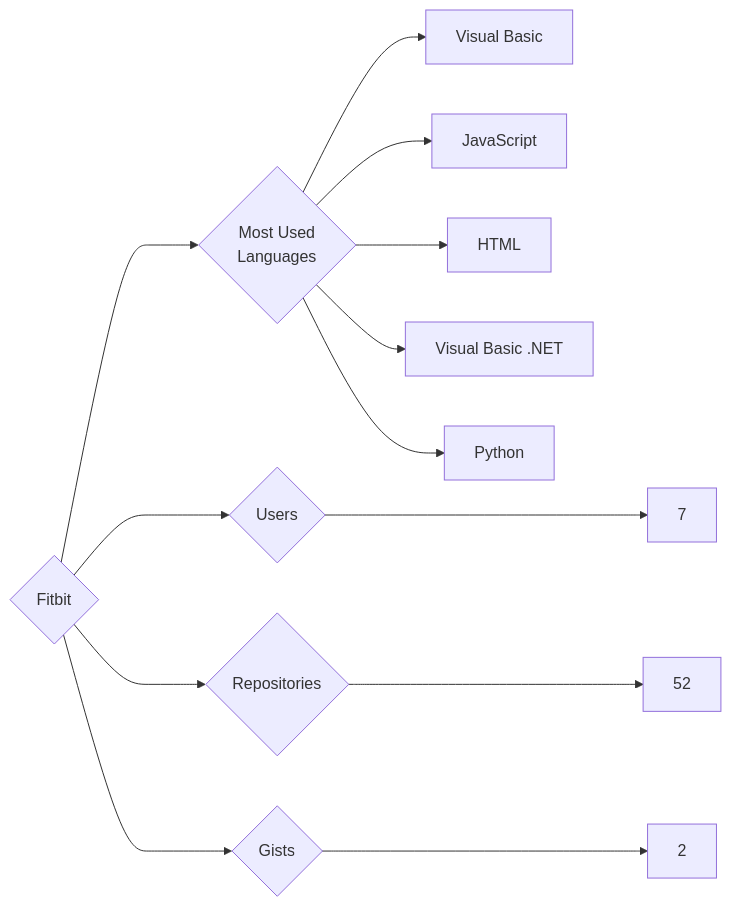
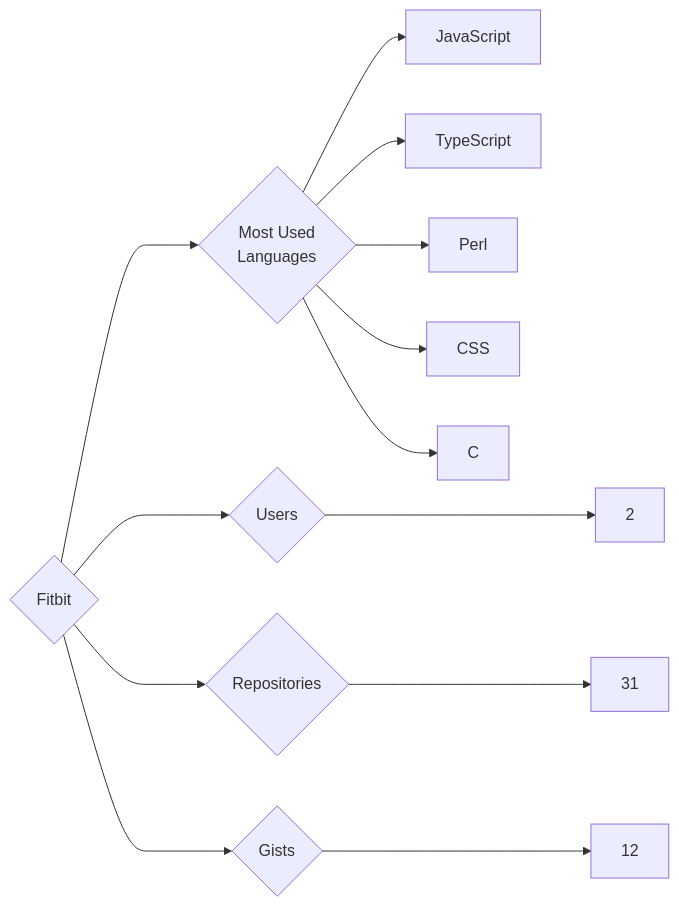
Before and after one commit to trickest/insiders: the diagram in targets/Fitbit/README.md, drawn with Mermaid. The commit also changed 1023 other files, not shown here.

````diff
--- a/targets/Fitbit/README.md
+++ b/targets/Fitbit/README.md
@@ -3,13 +3,13 @@
 ```mermaid
 graph LR
 COMPANY_NAME{Fitbit}
-COMPANY_NAME ---> U{Users} ---> UN[7]
-COMPANY_NAME ---> R{Repositories} ---> RN[52]
-COMPANY_NAME ---> G{Gists} ---> GN[2]
+COMPANY_NAME ---> U{Users} ---> UN[2]
+COMPANY_NAME ---> R{Repositories} ---> RN[31]
+COMPANY_NAME ---> G{Gists} ---> GN[12]
 COMPANY_NAME ---> ML{Most Used<br>Languages}
-ML --> Visual_Basic[Visual Basic]
 ML --> JavaScript[JavaScript]
-ML --> HTML[HTML]
-ML --> Visual_Basic_.NET[Visual Basic .NET]
-ML --> Python[Python]
+ML --> TypeScript[TypeScript]
+ML --> Perl[Perl]
+ML --> CSS[CSS]
+ML --> C[C]
 ```
````
